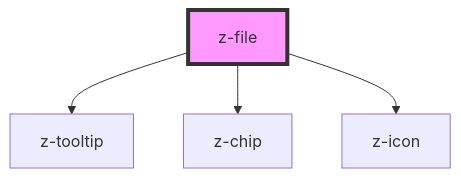
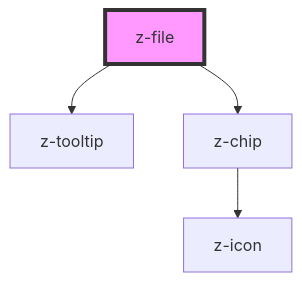
Before and after one commit to ZanichelliEditore/design-system: the diagram in src/components/file-upload/z-file/readme.md, drawn with Mermaid. The commit also changed other lines of this file and 10 other files, not shown here.

````diff
--- a/src/components/file-upload/z-file/readme.md
+++ b/src/components/file-upload/z-file/readme.md
@@ -31,7 +30,7 @@
 ```mermaid
 graph TD;
   z-file --> z-tooltip
   z-file --> z-chip
-  z-file --> z-icon
+  z-chip --> z-icon
   style z-file fill:#f9f,stroke:#333,stroke-width:4px
 ```
````
